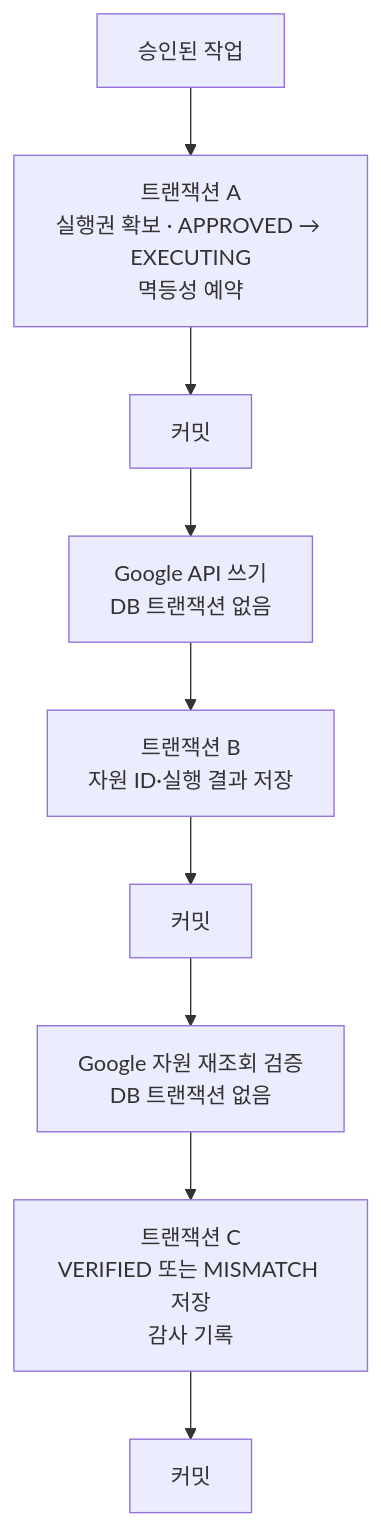
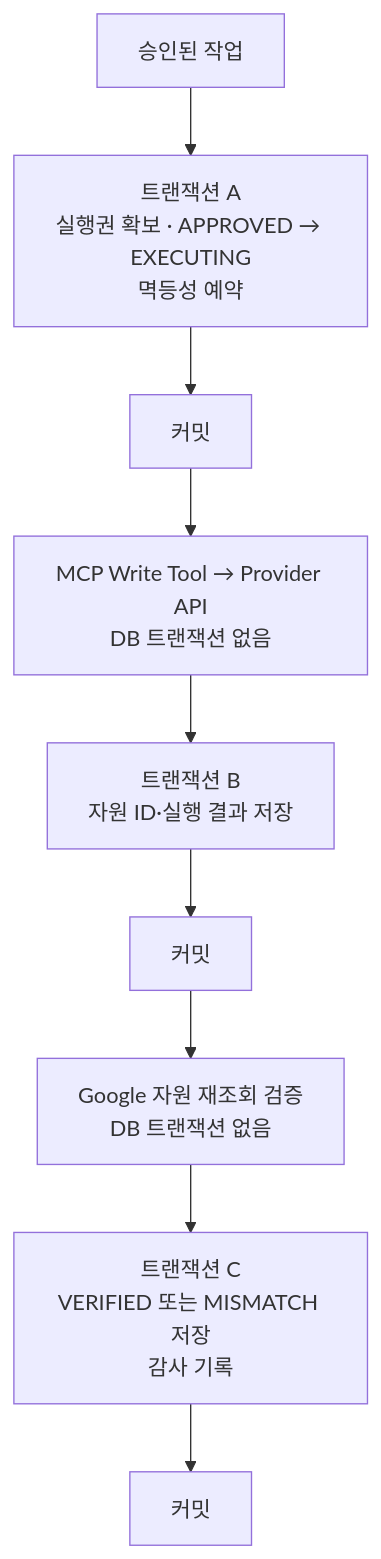
One commit to solar-ai-dev/google-work-agent changed diagram 13 of 16 in docs/03-system-architecture.md. Above: the diagram before and after it, drawn with Mermaid. The commit also changed other lines of this file and 22 other files, not shown here.

````diff
--- a/docs/03-system-architecture.md
+++ b/docs/03-system-architecture.md
@@ -1083,11 +1562,11 @@
 ```mermaid
 flowchart TB
     A["승인된 작업"] --> T1["트랜잭션 A<br>실행권 확보 · APPROVED → EXECUTING<br>멱등성 예약"]
     T1 --> C1["커밋"]
-    C1 --> G["Google API 쓰기<br>DB 트랜잭션 없음"]
+    C1 --> G["MCP Write Tool → Provider API<br>DB 트랜잭션 없음"]
     G --> T2["트랜잭션 B<br>자원 ID·실행 결과 저장"]
     T2 --> C2["커밋"]
     C2 --> GET["Google 자원 재조회 검증<br>DB 트랜잭션 없음"]
     GET --> T3["트랜잭션 C<br>VERIFIED 또는 MISMATCH 저장<br>감사 기록"]
     T3 --> C3["커밋"]
 ```
````
